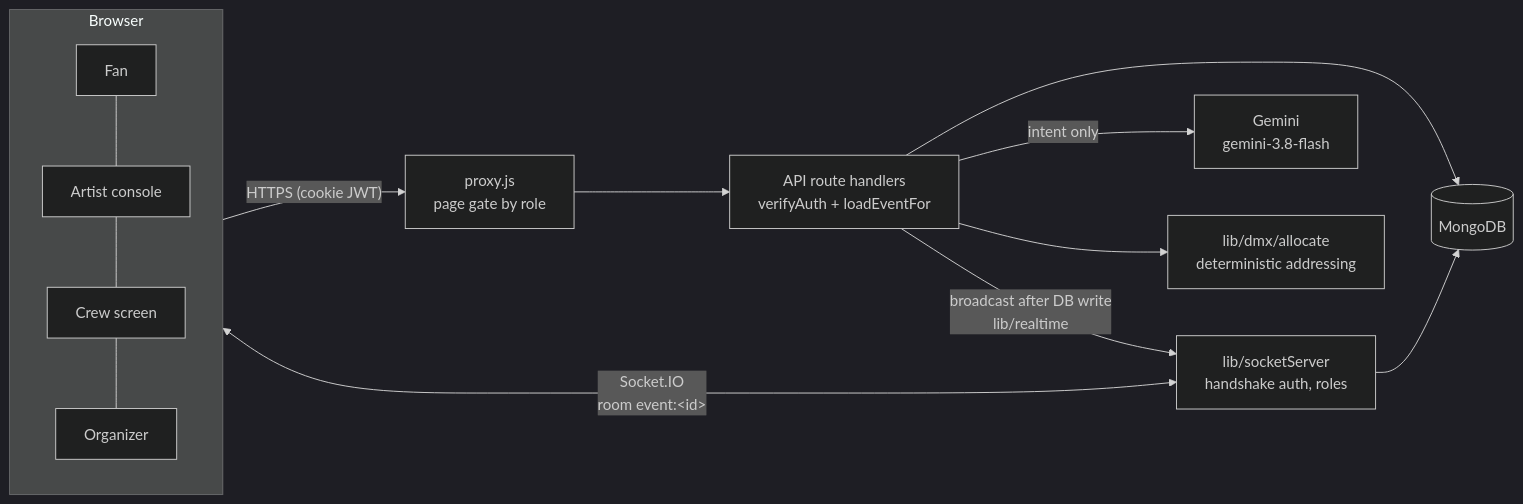
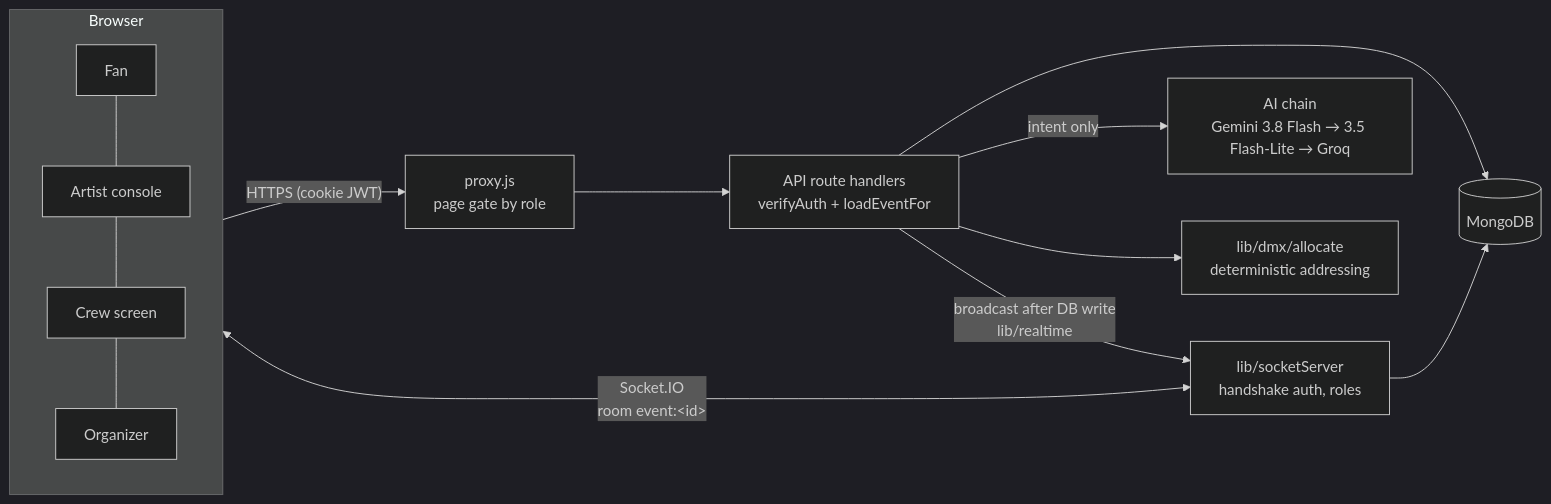
Before and after one commit to Priyanshh1407/StageVerse: the diagram in README.md, drawn with Mermaid (dark theme). The commit also changed other lines of this file and 10 other files, not shown here.

````diff
--- a/README.md
+++ b/README.md
@@ -20,14 +20,14 @@
 ```mermaid
 flowchart LR
     subgraph Browser
         F[Fan] --- A[Artist console] --- C[Crew screen] --- O[Organizer]
     end
     Browser -- "HTTPS (cookie JWT)" --> P[proxy.js<br/>page gate by role]
     P --> R[API route handlers<br/>verifyAuth + loadEventFor]
     Browser <-- "Socket.IO<br/>room event:&lt;id&gt;" --> S[lib/socketServer<br/>handshake auth, roles]
     R --> DB[(MongoDB)]
     S --> DB
     R -- "broadcast after DB write<br/>lib/realtime" --> S
-    R -- "intent only" --> G[Gemini<br/>gemini-3.8-flash]
+    R -- "intent only" --> G[AI chain<br/>Gemini 3.8 Flash → 3.5 Flash-Lite → Groq]
     R --> D[lib/dmx/allocate<br/>deterministic addressing]
 ```
````
